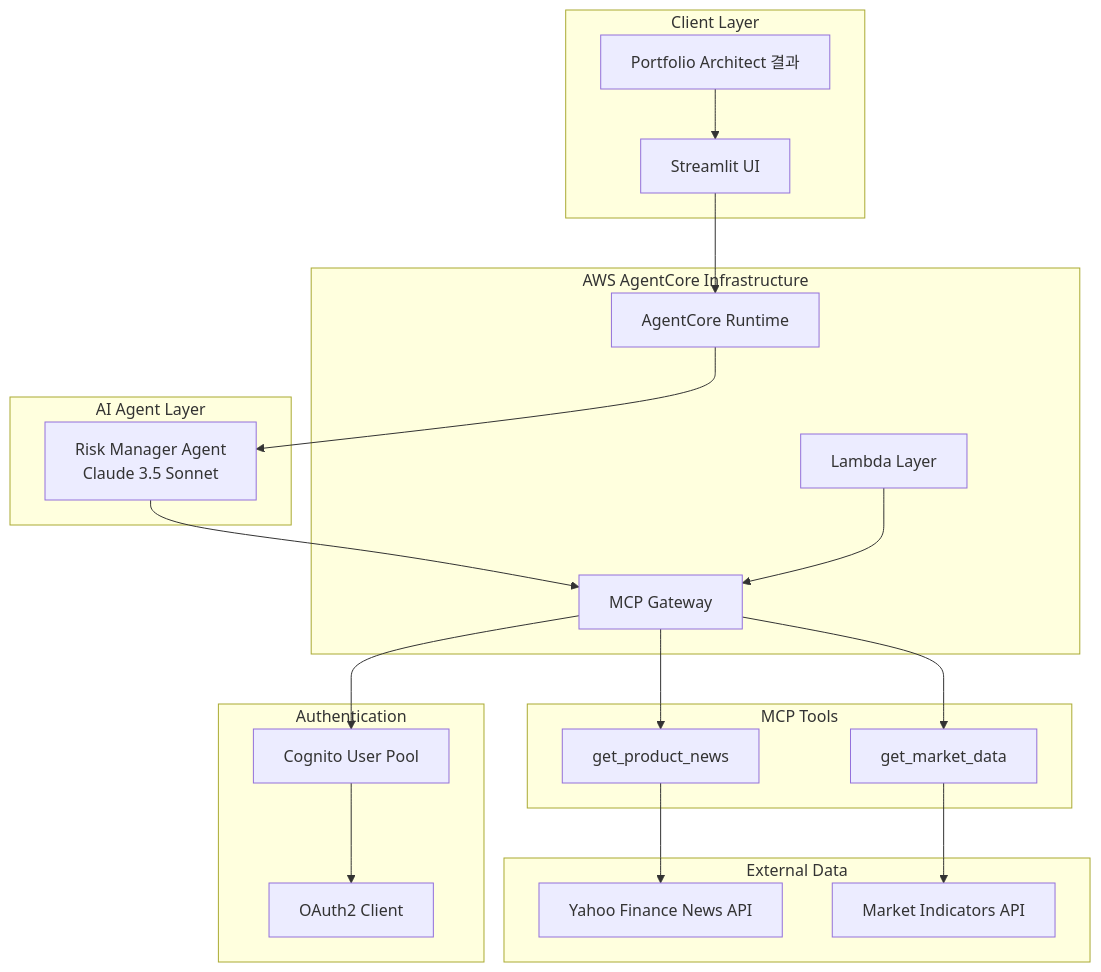
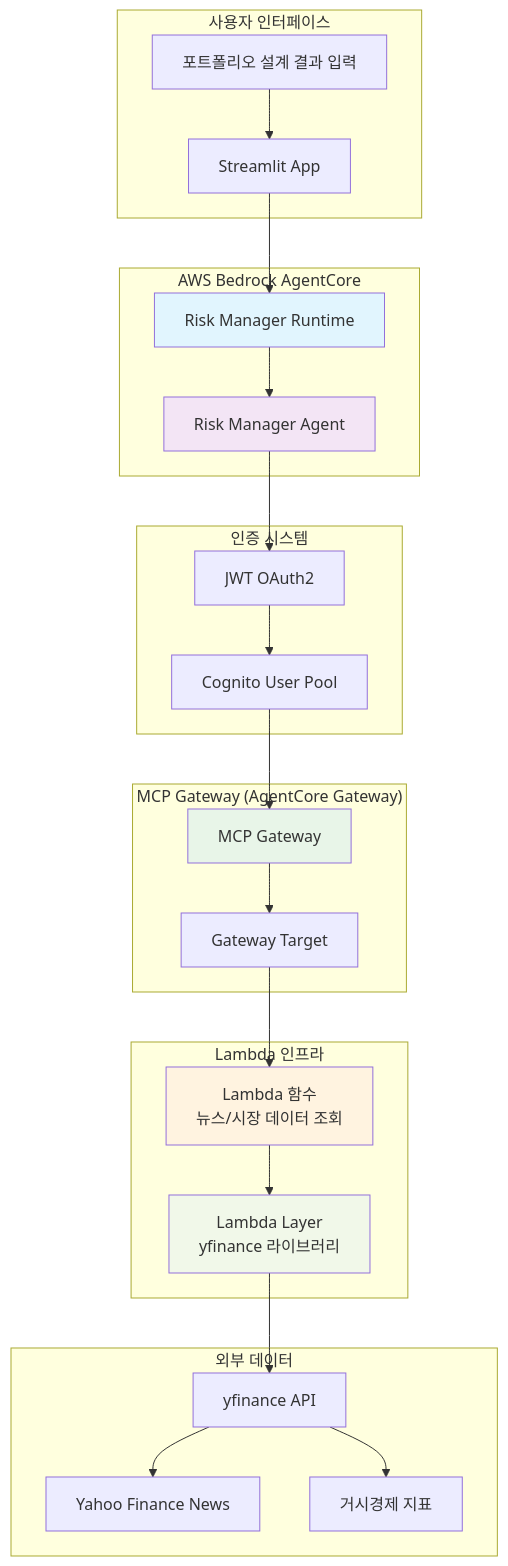
One commit to ksgsslee/investment_advisor_strands changed the first of 2 diagrams in risk_manager/README.md. Above: the diagram before and after it, drawn with Mermaid. The commit also changed other lines of this file and 3 other files, not shown here.

Commit message:
risk manager

````diff
--- a/risk_manager/README.md
+++ b/risk_manager/README.md
@@ -31,44 +17,52 @@
 ```mermaid
 graph TB
-    subgraph "Client Layer"
-        UI[Streamlit UI]
-        USER[Portfolio Architect 결과]
+    subgraph "사용자 인터페이스"
+        UI[Streamlit App]
+        INPUT[포트폴리오 설계 결과 입력]
     end
     
-    subgraph "AWS AgentCore Infrastructure"
-        RUNTIME[AgentCore Runtime]
-        GATEWAY[MCP Gateway]
-        LAYER[Lambda Layer]
+    subgraph "AWS Bedrock AgentCore"
+        RUNTIME[Risk Manager Runtime]
+        AGENT[Risk Manager Agent]
     end
     
-    subgraph "Authentication"
-        COGNITO[Cognito User Pool]
-        OAUTH[OAuth2 Client]
+    subgraph "MCP Gateway (AgentCore Gateway)"
+        GATEWAY[MCP Gateway]
+        TARGET[Gateway Target]
     end
     
-    subgraph "AI Agent Layer"
-        AGENT[Risk Manager Agent<br/>Claude 3.5 Sonnet]
+    subgraph "Lambda 인프라"
+        LAYER[Lambda Layer<br/>yfinance 라이브러리]
+        LAMBDA[Lambda 함수<br/>뉴스/시장 데이터 조회]
     end
     
-    subgraph "MCP Tools"
-        TOOL1[get_product_news]
-        TOOL2[get_market_data]
+    subgraph "인증 시스템"
+        COGNITO[Cognito User Pool]
+        JWT[JWT OAuth2]
     end
     
-    subgraph "External Data"
-        NEWS[Yahoo Finance News API]
-        MARKET[Market Indicators API]
+    subgraph "외부 데이터"
+        YFINANCE[yfinance API]
+        NEWS[Yahoo Finance News]
+        MARKET[거시경제 지표]
     end
     
-    USER --> UI
+    INPUT --> UI
     UI --> RUNTIME
     RUNTIME --> AGENT
-    AGENT --> GATEWAY
-    GATEWAY --> COGNITO
-    COGNITO --> OAUTH
-    GATEWAY --> TOOL1
-    GATEWAY --> TOOL2
-    TOOL1 --> NEWS
-    TOOL2 --> MARKET
-    LAYER --> GATEWAY
+    AGENT --> JWT
+    JWT --> COGNITO
+    COGNITO --> GATEWAY
+    GATEWAY --> TARGET
+    TARGET --> LAMBDA
+    LAMBDA --> LAYER
+    LAYER --> YFINANCE
+    YFINANCE --> NEWS
+    YFINANCE --> MARKET
+    
+    style RUNTIME fill:#e1f5fe
+    style AGENT fill:#f3e5f5
+    style GATEWAY fill:#e8f5e8
+    style LAMBDA fill:#fff3e0
+    style LAYER fill:#f1f8e9
 ```
````
